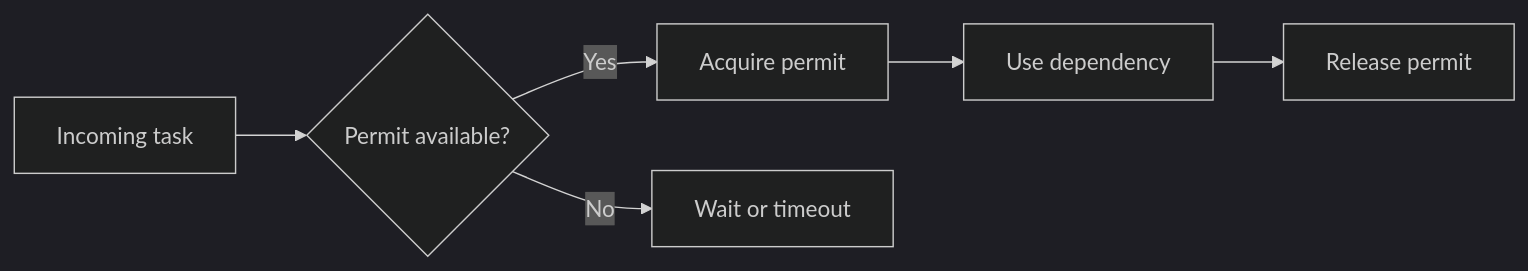
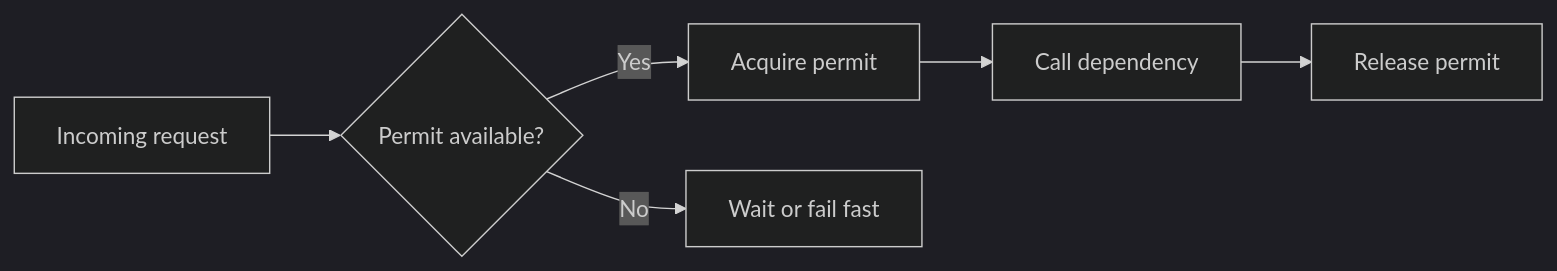
Before and after one commit to sandeepbhardwaj/sandeepbhardwaj.github.io: the diagram in _posts/2017-04-03-semaphore-in-java.md, drawn with Mermaid (dark theme). The commit also changed other lines of this file and 40 other files, not shown here.

````diff
--- a/_posts/2017-04-03-semaphore-in-java.md
+++ b/_posts/2017-04-03-semaphore-in-java.md
@@ -40,8 +64,8 @@
 ```mermaid
 flowchart LR
-    A[Incoming task] --> B{Permit available?}
+    A[Incoming request] --> B{Permit available?}
     B -->|Yes| C[Acquire permit]
-    B -->|No| D[Wait or timeout]
-    C --> E[Use dependency]
+    B -->|No| D[Wait or fail fast]
+    C --> E[Call dependency]
     E --> F[Release permit]
 ```
````
